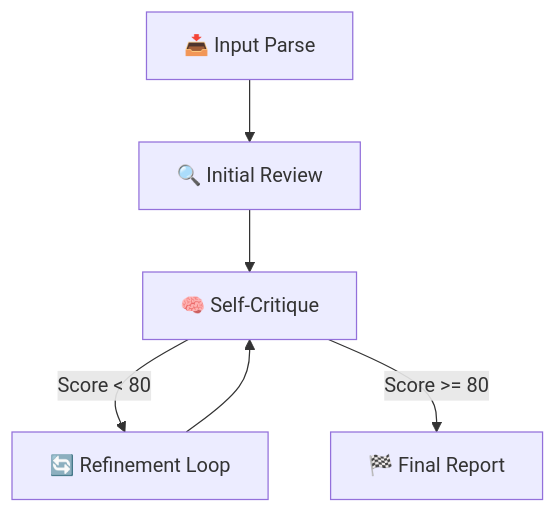
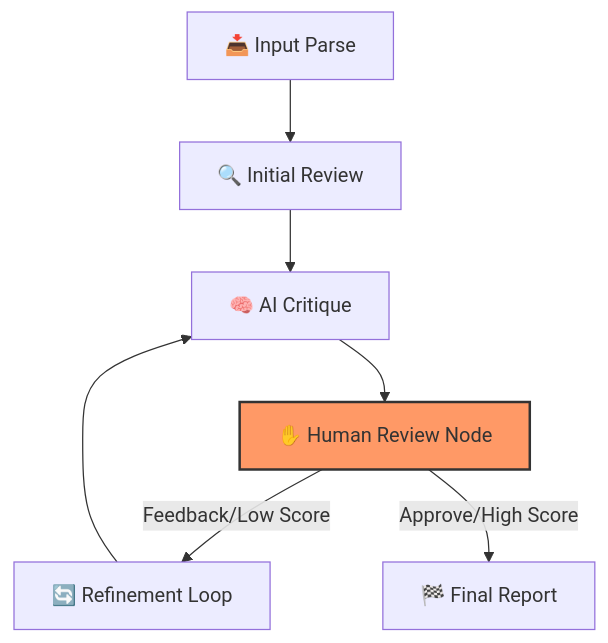
Before and after one commit to naveensingh-dev/GitMind: the diagram in README.md, drawn with Mermaid. The commit also changed other lines of this file and 11 other files, not shown here.

````diff
--- a/README.md
+++ b/README.md
@@ -28,8 +28,11 @@
 ```mermaid
 graph TD
     A[📥 Input Parse] --> B[🔍 Initial Review]
-    B --> C[🧠 Self-Critique]
-    C -->|Score < 80| D[🔄 Refinement Loop]
-    D --> C
-    C -->|Score >= 80| E[🏁 Final Report]
+    B --> C[🧠 AI Critique]
+    C --> D[✋ Human Review Node]
+    D -->|Feedback/Low Score| E[🔄 Refinement Loop]
+    E --> C
+    D -->|Approve/High Score| F[🏁 Final Report]
+    
+    style D fill:#f96,stroke:#333,stroke-width:2px
 ```
````
